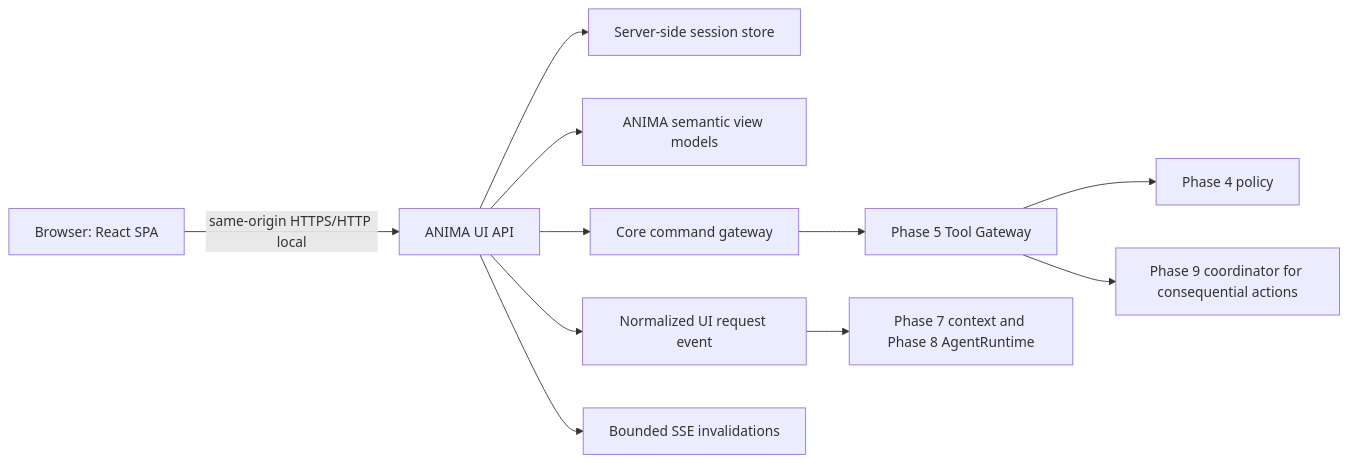
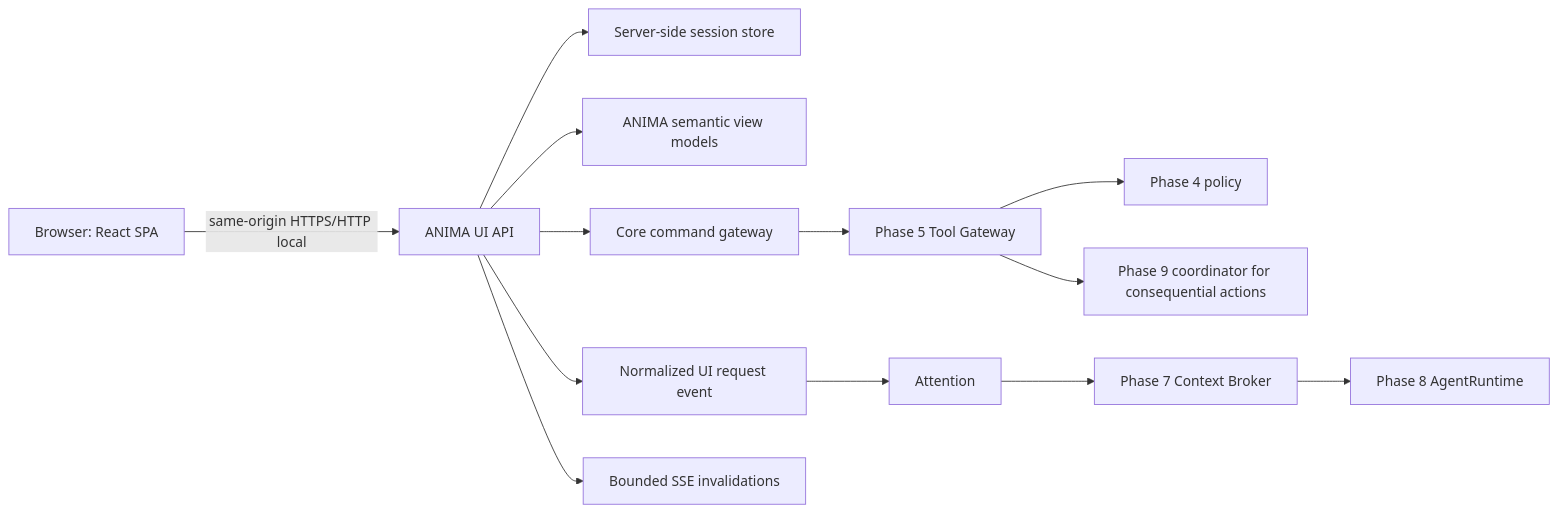
The diagram in docs/PHASE-12-CUSTOM-LOCAL-INTERFACE.md (SketchOTP/ANIMA-Home-Automation), drawn with Mermaid before and after one commit. The commit also changed other lines of this file and 6 other files, not shown here.

````diff
--- a/docs/PHASE-12-CUSTOM-LOCAL-INTERFACE.md
+++ b/docs/PHASE-12-CUSTOM-LOCAL-INTERFACE.md
@@ -10,13 +10,15 @@
 ```mermaid
 flowchart LR
     B[Browser: React SPA] -->|same-origin HTTPS/HTTP local| A[ANIMA UI API]
     A --> S[Server-side session store]
     A --> V[ANIMA semantic view models]
     A --> G[Core command gateway]
     G --> P[Phase 5 Tool Gateway]
     P --> O[Phase 4 policy]
     P --> X[Phase 9 coordinator for consequential actions]
     A --> J[Normalized UI request event]
-    J --> C[Phase 7 context and Phase 8 AgentRuntime]
+    J --> A2[Attention]
+    A2 --> C[Phase 7 Context Broker]
+    C --> R[Phase 8 AgentRuntime]
     A --> E[Bounded SSE invalidations]
 ```
````
